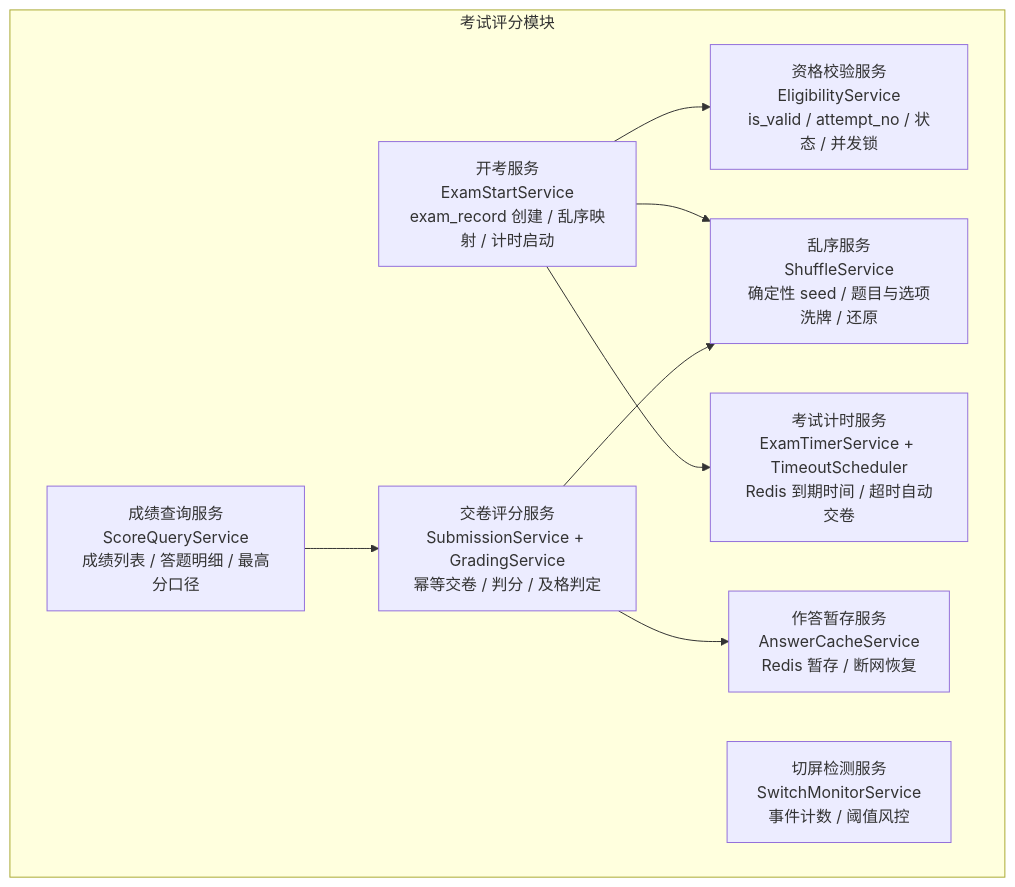
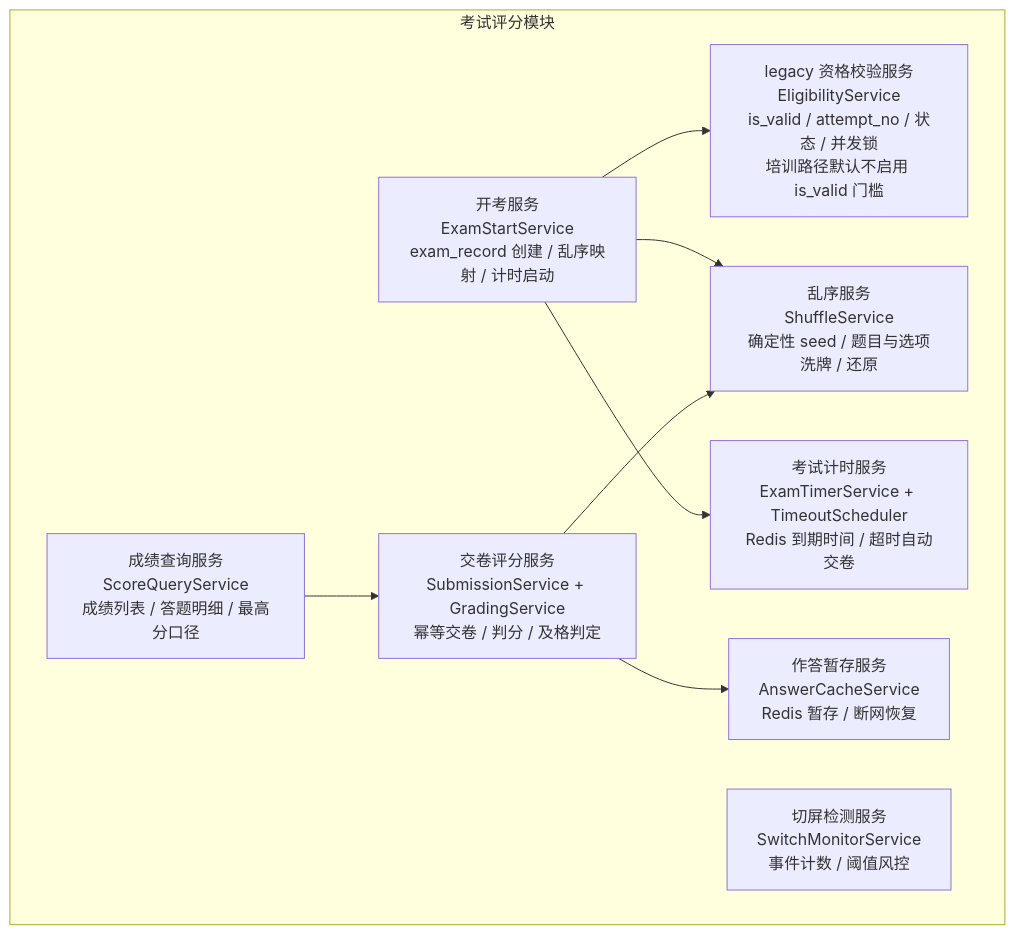
Diagram 16 of 19 in docs/design/05-模块设计.md (caoguanjie/emodor-exam), drawn with Mermaid before and after one commit. The commit also changed other lines of this file and 9 other files, not shown here.

````diff
--- a/docs/design/05-模块设计.md
+++ b/docs/design/05-模块设计.md
@@ -966,19 +983,19 @@
 ```mermaid
 graph TB
     subgraph MOD5["考试评分模块"]
-        ELIG["资格校验服务<br/>EligibilityService<br/>is_valid / attempt_no / 状态 / 并发锁"]
+        ELIG["legacy 资格校验服务<br/>EligibilityService<br/>is_valid / attempt_no / 状态 / 并发锁<br/>培训路径默认不启用 is_valid 门槛"]
         START["开考服务<br/>ExamStartService<br/>exam_record 创建 / 乱序映射 / 计时启动"]
         SHUFFLE["乱序服务<br/>ShuffleService<br/>确定性 seed / 题目与选项洗牌 / 还原"]
         TIMER["考试计时服务<br/>ExamTimerService + TimeoutScheduler<br/>Redis 到期时间 / 超时自动交卷"]
         ANS["作答暂存服务<br/>AnswerCacheService<br/>Redis 暂存 / 断网恢复"]
         SWITCH["切屏检测服务<br/>SwitchMonitorService<br/>事件计数 / 阈值风控"]
         GRADE["交卷评分服务<br/>SubmissionService + GradingService<br/>幂等交卷 / 判分 / 及格判定"]
         QUERY["成绩查询服务<br/>ScoreQueryService<br/>成绩列表 / 答题明细 / 最高分口径"]
     end
     START --> ELIG
     START --> SHUFFLE
     START --> TIMER
     GRADE --> ANS
     GRADE --> SHUFFLE
     QUERY --> GRADE
 ```
````
